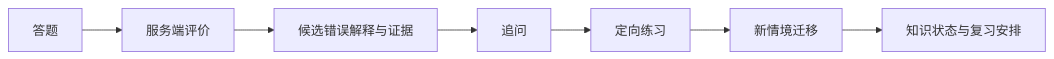
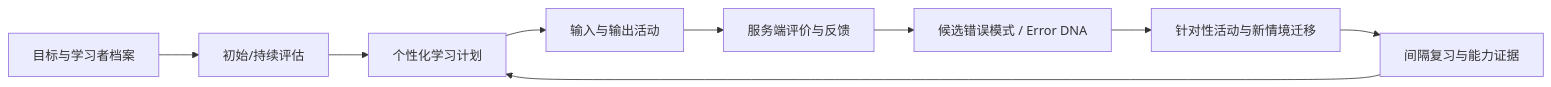
Before and after one commit to KaoruMiyagawa/UnlearnLoop: the diagram in docs/product/PRD.md, drawn with Mermaid. The commit also changed other lines of this file and 8 other files, not shown here.

````diff
--- a/docs/product/PRD.md
+++ b/docs/product/PRD.md
@@ -28,9 +36,11 @@
 ```mermaid
 flowchart LR
- A[答题] --> B[服务端评价]
- B --> C[候选错误解释与证据]
- C --> D[追问]
- D --> E[定向练习]
- E --> F[新情境迁移]
- F --> G[知识状态与复习安排]
+    A[目标与学习者档案] --> B[初始/持续评估]
+    B --> C[个性化学习计划]
+    C --> D[输入与输出活动]
+    D --> E[服务端评价与反馈]
+    E --> F[候选错误模式 / Error DNA]
+    F --> G[针对性活动与新情境迁移]
+    G --> H[间隔复习与能力证据]
+    H --> C
 ```
````
